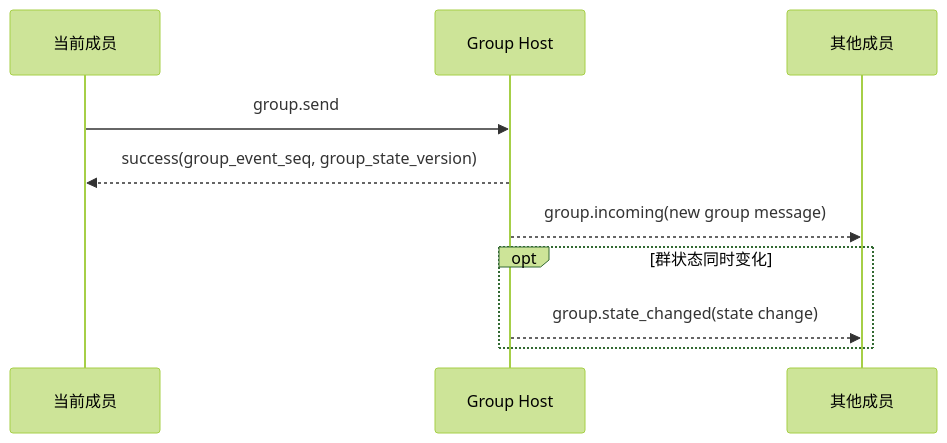
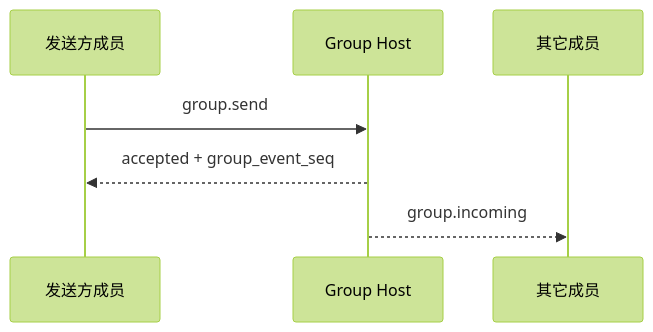
The fifth of 5 diagrams in chinese/message/04-群组基础语义.md (NeatNerdPrime/AgentNetworkProtocol), drawn with Mermaid (forest theme) before and after one commit. The commit also changed other lines of this file and 3 other files, not shown here.

Commit message:
Simplify the group protocol into a streamlined version

````diff
--- a/chinese/message/04-群组基础语义.md
+++ b/chinese/message/04-群组基础语义.md
@@ -1346,13 +1068,10 @@
 ```mermaid
 sequenceDiagram
-    participant Sender as 当前成员
-    participant Host as Group Host
-    participant Members as 其他成员
+    participant A as 发送方成员
+    participant H as Group Host
+    participant M as 其它成员
 
-    Sender->>Host: group.send
-    Host-->>Sender: success(group_event_seq, group_state_version)
-    Host-->>Members: group.incoming(new group message)
-    opt 群状态同时变化
-        Host-->>Members: group.state_changed(state change)
-    end
+    A->>H: group.send
+    H-->>A: accepted + group_event_seq
+    H-->>M: group.incoming
 ```
````
